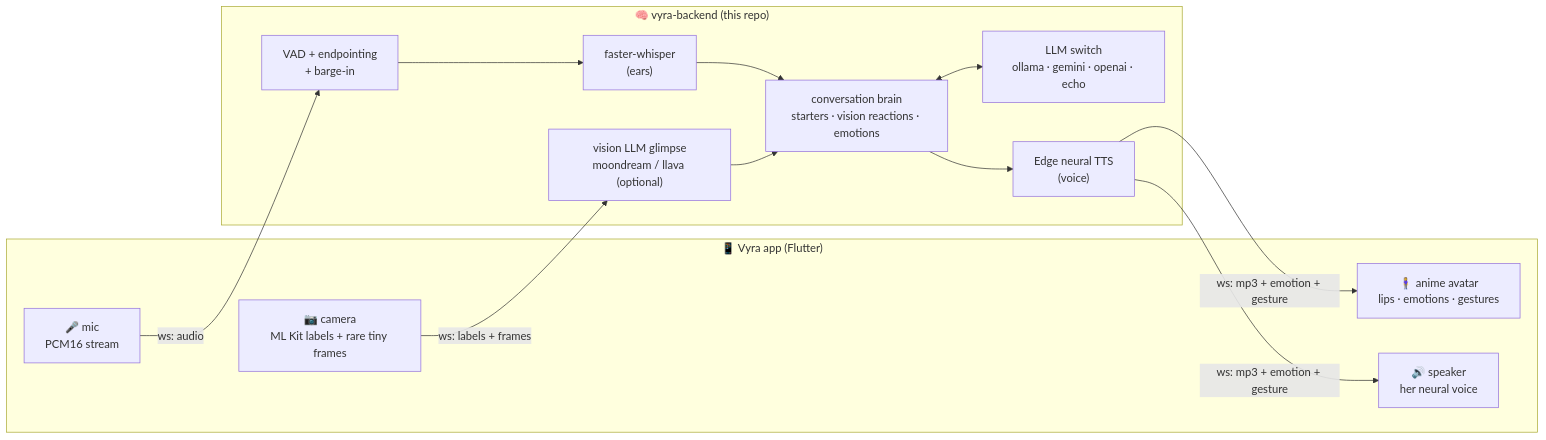
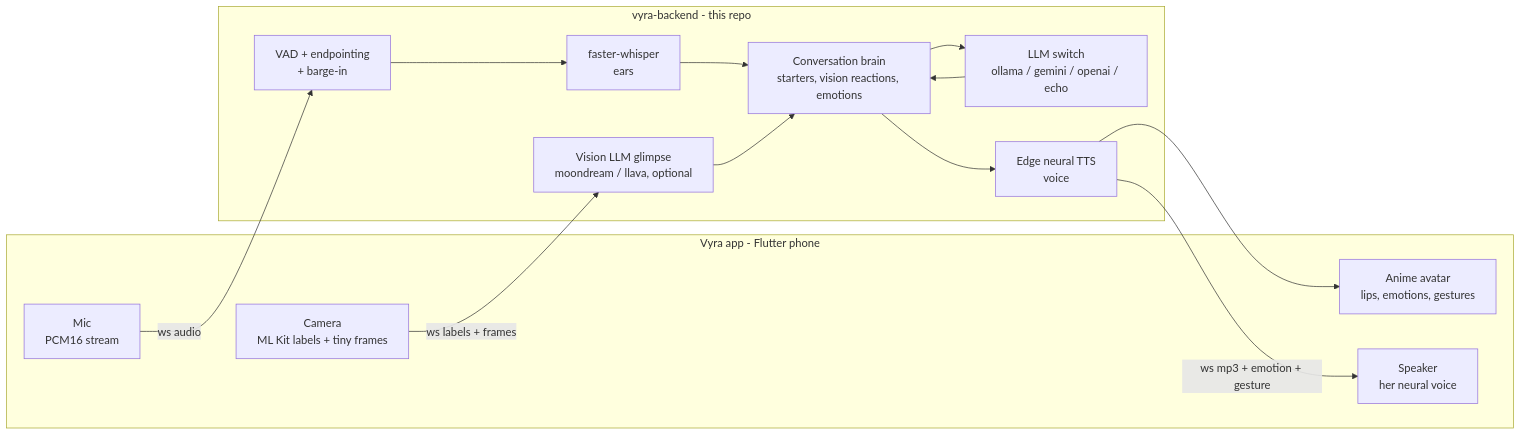
One commit to chiragdhunna/vyra-backend changed the first of 2 diagrams in README.md. Above: the diagram before and after it, drawn with Mermaid. The commit also changed other lines of this file, not shown here.

Commit message:
docs: GitHub-safe mermaid diagrams
GitHub's mermaid sanitizer rejected the architecture flowchart
(multi-codepoint ZWJ emoji in node labels plus fancy edge syntax),
showing 'Unable to render rich display'. Both diagrams rewritten
conservatively — no emoji in labels, one edge per line, pipe edge
labels — and validated against the mermaid renderer before push.

````diff
--- a/README.md
+++ b/README.md
@@ -42,23 +42,27 @@
 ```mermaid
 flowchart LR
-    subgraph PHONE["📱 Vyra app (Flutter)"]
-        MIC["🎤 mic<br/>PCM16 stream"]
-        CAM["📷 camera<br/>ML Kit labels + rare tiny frames"]
-        AVATAR["🧍‍♀️ anime avatar<br/>lips · emotions · gestures"]
-        SPK["🔊 speaker<br/>her neural voice"]
+    subgraph PHONE["Vyra app - Flutter phone"]
+        MIC["Mic<br/>PCM16 stream"]
+        CAM["Camera<br/>ML Kit labels + tiny frames"]
+        AVATAR["Anime avatar<br/>lips, emotions, gestures"]
+        SPK["Speaker<br/>her neural voice"]
     end
-
-    subgraph BACKEND["🧠 vyra-backend (this repo)"]
+    subgraph BACKEND["vyra-backend - this repo"]
         VAD["VAD + endpointing<br/>+ barge-in"]
-        STT["faster-whisper<br/>(ears)"]
-        SOUL["conversation brain<br/>starters · vision reactions · emotions"]
-        LLM["LLM switch<br/>ollama · gemini · openai · echo"]
-        TTS["Edge neural TTS<br/>(voice)"]
-        SIGHT["vision LLM glimpse<br/>moondream / llava (optional)"]
+        STT["faster-whisper<br/>ears"]
+        SOUL["Conversation brain<br/>starters, vision reactions, emotions"]
+        LLM["LLM switch<br/>ollama / gemini / openai / echo"]
+        TTS["Edge neural TTS<br/>voice"]
+        SIGHT["Vision LLM glimpse<br/>moondream / llava, optional"]
     end
-
-    MIC -- "ws: audio" --> VAD --> STT --> SOUL
-    CAM -- "ws: labels + frames" --> SIGHT --> SOUL
-    SOUL <--> LLM
-    SOUL --> TTS -- "ws: mp3 + emotion + gesture" --> SPK & AVATAR
+    MIC -->|ws audio| VAD
+    VAD --> STT
+    STT --> SOUL
+    CAM -->|ws labels + frames| SIGHT
+    SIGHT --> SOUL
+    SOUL --> LLM
+    LLM --> SOUL
+    SOUL --> TTS
+    TTS -->|ws mp3 + emotion + gesture| SPK
+    TTS --> AVATAR
 ```
````
